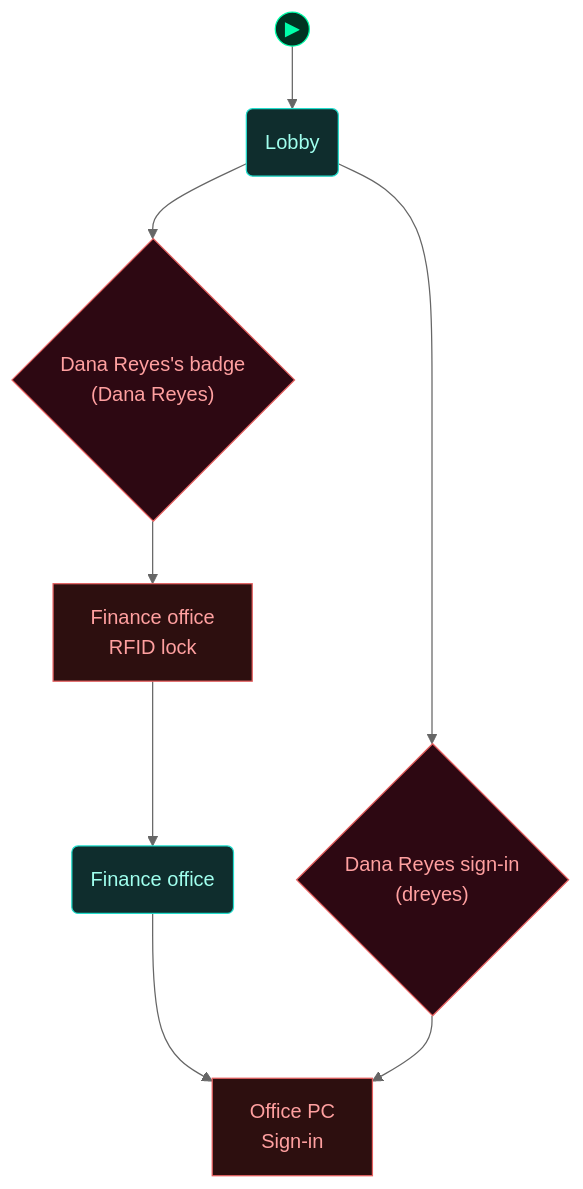
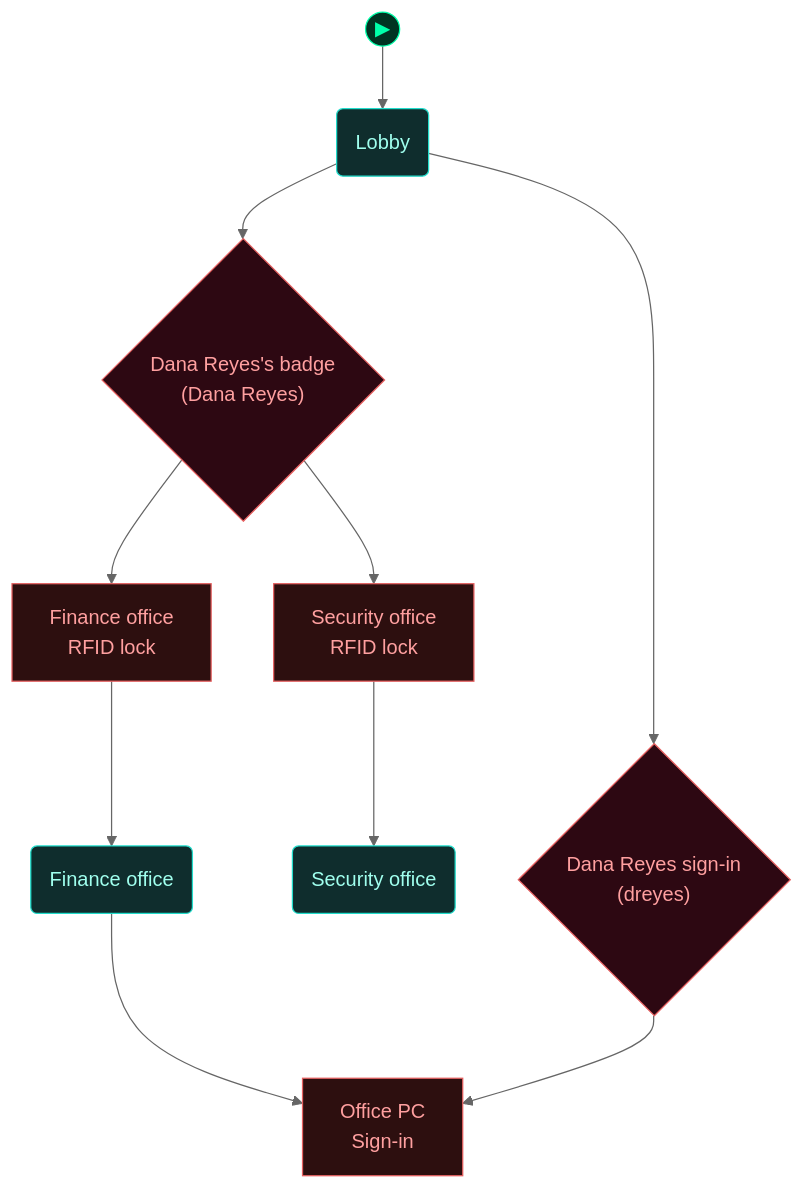
Before and after one commit to cliffe/BreakEscape: the first of 5 diagrams in scenarios/test_ops_logs/dungeon_graph.md, drawn with Mermaid (neutral theme). The commit also changed other lines of this file and 8 other files, not shown here.

Commit message:
Ops log L2a: test_ops_logs security room with a reader per source, scenario tests, playtest beats 8-13, A24 read-side docs

````diff
--- a/scenarios/test_ops_logs/dungeon_graph.md
+++ b/scenarios/test_ops_logs/dungeon_graph.md
@@ -53,40 +53,44 @@
 ```mermaid
 flowchart TD
 
   classDef room      fill:#0f2d2d,stroke:#22ddcc,color:#a0ffee
   classDef lock      fill:#2d0f0f,stroke:#e66060,color:#ffa0a0
   classDef key       fill:#2d0812,stroke:#e66060,color:#ffa0a0
   classDef item      fill:#2d1200,stroke:#e89030,color:#ffcc80
   classDef gate      fill:#111,stroke:#666,color:#eee
   classDef vm        fill:#0c1f40,stroke:#4a90d9,color:#a0c8ff
   classDef flag      fill:#1a0c2d,stroke:#9060d0,color:#cc99ff
   classDef action    fill:#1a1200,stroke:#cc9922,color:#ffee88
   classDef aim       fill:#0d2a0d,stroke:#44cc44,color:#88ff88
   classDef aim_gate  fill:#111111,stroke:#44cc44,color:#44cc44
   classDef container fill:#1a2d1a,stroke:#60b060,color:#a0e0a0
   classDef npc       fill:#2d1f0d,stroke:#d0a050,color:#ffe0a0
   classDef critical  fill:#2a1500,stroke:#ffaa00,color:#ffdd88
   classDef start     fill:#003322,stroke:#00ffaa,color:#00ffaa
 
   node_start(("▶"))
   node_start --> lobby
 
   door_office["Finance office<br/>RFID lock"]
   office("Finance office")
+  door_security["Security office<br/>RFID lock"]
+  security("Security office")
   lock_office_pc["Office PC<br/>Sign-in"]
   card_fin_dana_01{"Dana Reyes's badge<br/>(Dana Reyes)"}
   lobby("Lobby")
   signin_dana{"Dana Reyes sign-in<br/>(dreyes)"}
 
   door_office --> office
+  door_security --> security
   office --> lock_office_pc
   lobby --> card_fin_dana_01
   card_fin_dana_01 --> door_office
+  card_fin_dana_01 --> door_security
   lobby --> signin_dana
   signin_dana --> lock_office_pc
 
-  class door_office,lock_office_pc lock
-  class office,lobby room
+  class door_office,door_security,lock_office_pc lock
+  class office,security,lobby room
   class card_fin_dana_01,signin_dana key
   class node_start start
 ```
````
